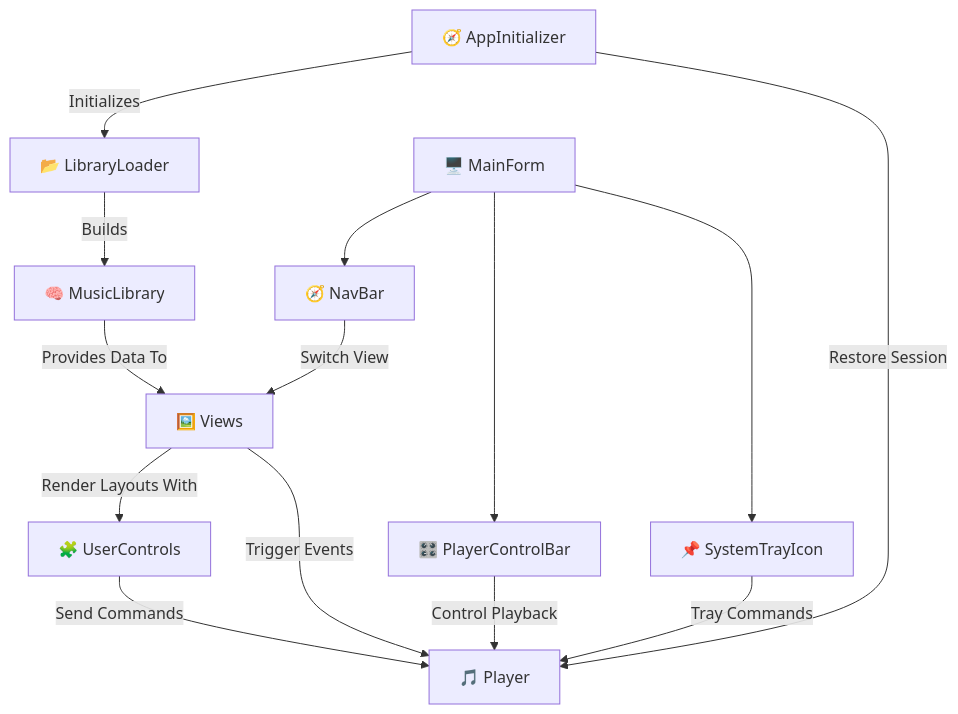
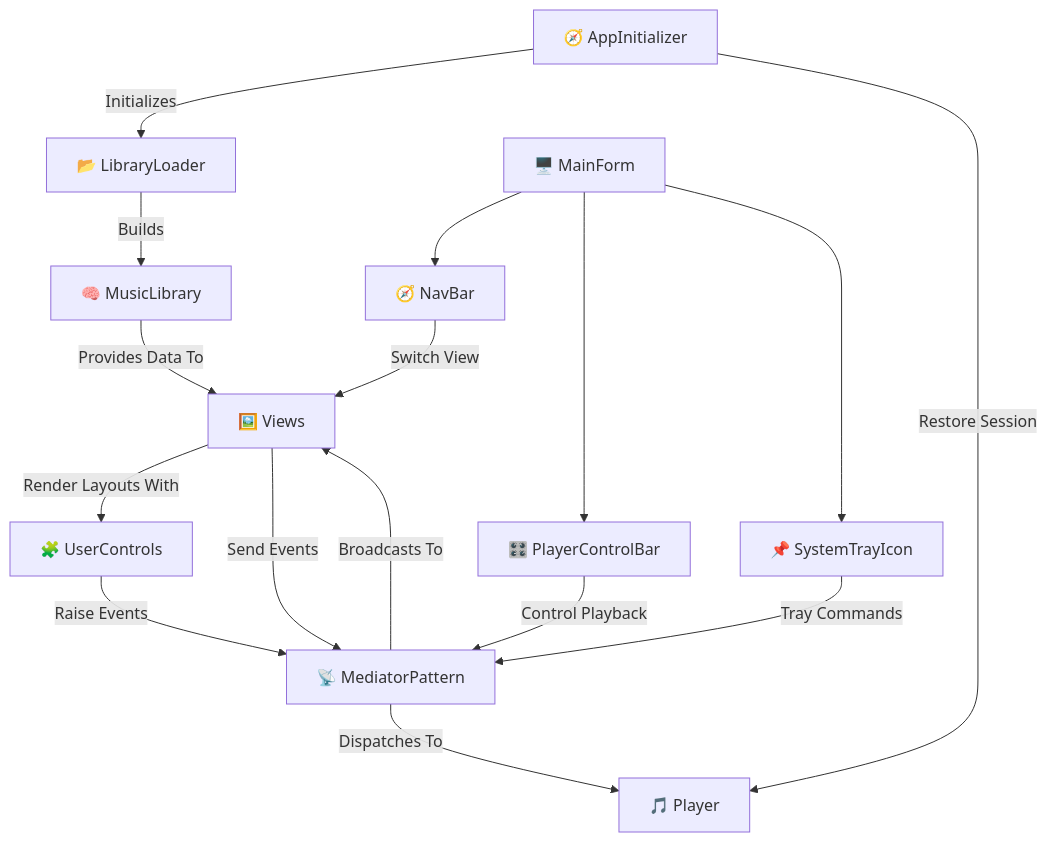
Before and after one commit to AlexPlec/Audio-256: the first of 2 diagrams in docs/components.md, drawn with Mermaid. The commit also changed other lines of this file and 2 other files, not shown here.

First line of the commit message:
Update architecture docs for MediatorPattern and UI flow

````diff
--- a/docs/components.md
+++ b/docs/components.md
@@ -16,16 +25,18 @@
 ```mermaid
 graph TD
     AppInitializer["🧭 AppInitializer"] -->|Initializes| LibraryLoader["📂 LibraryLoader"]
     LibraryLoader -->|Builds| MusicLibrary["🧠 MusicLibrary"]
     MusicLibrary -->|Provides Data To| Views["🖼️ Views"]
     Views -->|Render Layouts With| UserControls["🧩 UserControls"]
-    Views -->|Trigger Events| Player["🎵 Player"]
-    UserControls -->|Send Commands| Player
+    Views -->|Send Events| Mediator["📡 MediatorPattern"]
+    UserControls -->|Raise Events| Mediator
+    Mediator -->|Dispatches To| Player["🎵 Player"]
+    Mediator -->|Broadcasts To| Views
     AppInitializer -->|Restore Session| Player
     MainForm["🖥️ MainForm"] --> NavBar["🧭 NavBar"]
     MainForm --> PlayerControlBar["🎛️ PlayerControlBar"]
     MainForm --> SystemTrayIcon["📌 SystemTrayIcon"]
     NavBar -->|Switch View| Views
-    PlayerControlBar -->|Control Playback| Player
-    SystemTrayIcon -->|Tray Commands| Player
+    PlayerControlBar -->|Control Playback| Mediator
+    SystemTrayIcon -->|Tray Commands| Mediator
 ```
````
